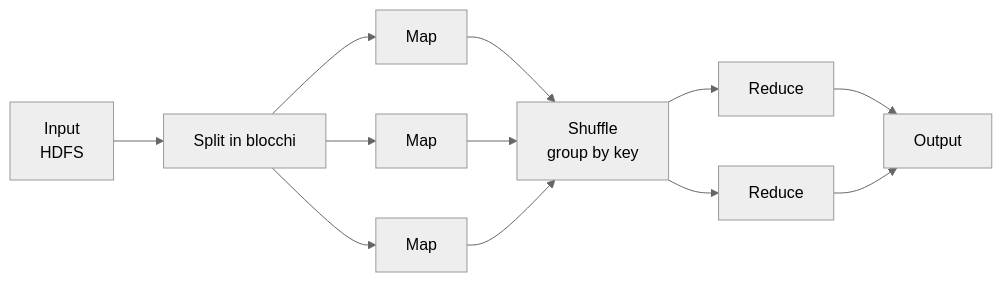
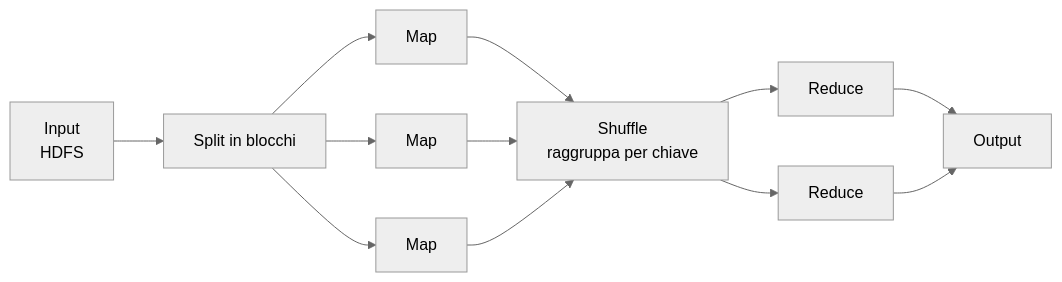
Before and after one commit to mxdangelo/Master_AIDA: the second of 2 diagrams in Big data/Hadoop.md, drawn with Mermaid (neutral theme). The commit also changed other lines of this file and 4 other files, not shown here.

````diff
--- a/Big data/Hadoop.md
+++ b/Big data/Hadoop.md
@@ -34,14 +163,14 @@
 ```mermaid
 flowchart LR
     I[Input<br/>HDFS] --> S[Split in blocchi]
     S --> M1[Map]
     S --> M2[Map]
     S --> M3[Map]
-    M1 --> SH[Shuffle<br/>group by key]
+    M1 --> SH[Shuffle<br/>raggruppa per chiave]
     M2 --> SH
     M3 --> SH
     SH --> R1[Reduce]
     SH --> R2[Reduce]
     R1 --> O[Output]
     R2 --> O
 ```
````
